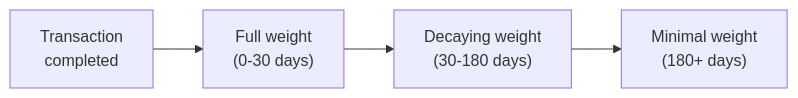
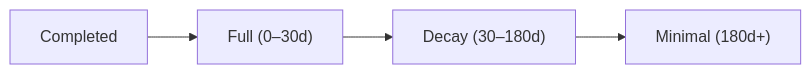
One commit to claw-network/clawnet changed the diagram in packages/docs/content/docs/getting-started/core-concepts/reputation.md. Above: the diagram before and after it, drawn with Mermaid. The commit also changed 14 other files, not shown here.

First line of the commit message:
Refactor diagrams and improve clarity in DAO, Identity, Markets, Reputation, Service Contracts, and Wallet documentation

````diff
--- a/packages/docs/content/docs/getting-started/core-concepts/reputation.md
+++ b/packages/docs/content/docs/getting-started/core-concepts/reputation.md
@@ -67,6 +67,6 @@
 ```mermaid
 flowchart LR
-    A["Transaction\ncompleted"] --> B["Full weight\n(0-30 days)"]
-    B --> C["Decaying weight\n(30-180 days)"]
-    C --> D["Minimal weight\n(180+ days)"]
+    A[Completed] --> B["Full (0–30d)"]
+    B --> C["Decay (30–180d)"]
+    C --> D["Minimal (180d+)"]
 ```
````
